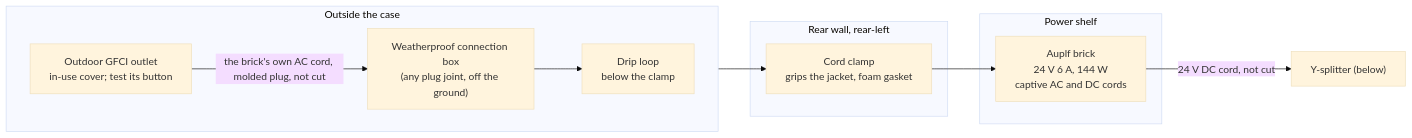
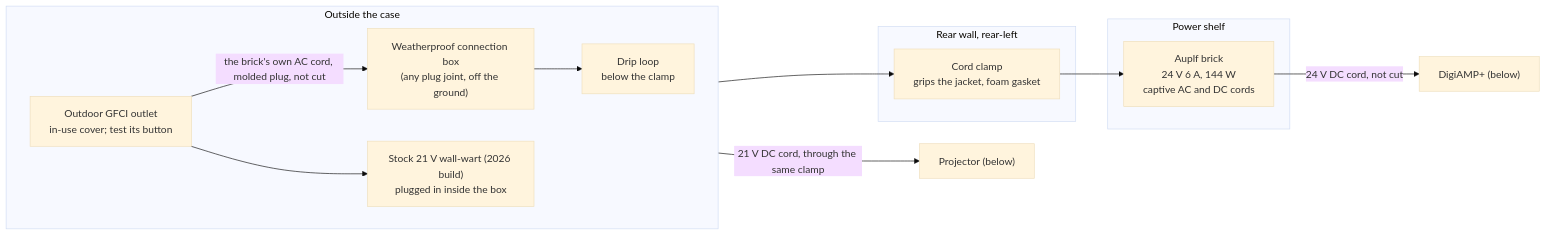
One commit to davidwkeith/atmosfx-projector-case changed the first of 3 diagrams in docs/WIRING.md. Above: the diagram before and after it, drawn with Mermaid (base theme). The commit also changed other lines of this file and 11 other files, not shown here.

First line of the commit message:
Projector on its stock 21 V wall-wart for 2026; row 4a failed

````diff
--- a/docs/WIRING.md
+++ b/docs/WIRING.md
@@ -15,17 +15,19 @@
 ```mermaid
 flowchart LR
   subgraph OUT["Outside the case"]
     direction LR
     GFCI["Outdoor GFCI outlet<br/>in-use cover; test its button"]
     BOX["Weatherproof connection box<br/>(any plug joint, off the ground)"]
+    WW["Stock 21 V wall-wart (2026 build)<br/>plugged in inside the box"]
     LOOP["Drip loop<br/>below the clamp"]
   end
   subgraph WALL["Rear wall, rear-left"]
     CLAMP["Cord clamp<br/>grips the jacket, foam gasket"]
   end
   subgraph SHELF["Power shelf"]
     BRICK["Auplf brick<br/>24 V 6 A, 144 W<br/>captive AC and DC cords"]
   end
   GFCI -- "the brick's own AC cord, molded plug, not cut" --> BOX --> LOOP --> CLAMP --> BRICK
-  BRICK -- "24 V DC cord, not cut" --> DC["Y-splitter (below)"]
+  BRICK -- "24 V DC cord, not cut" --> DC["DigiAMP+ (below)"]
+  GFCI --> WW -- "21 V DC cord, through the same clamp" --> PROJ["Projector (below)"]
 ```
````
